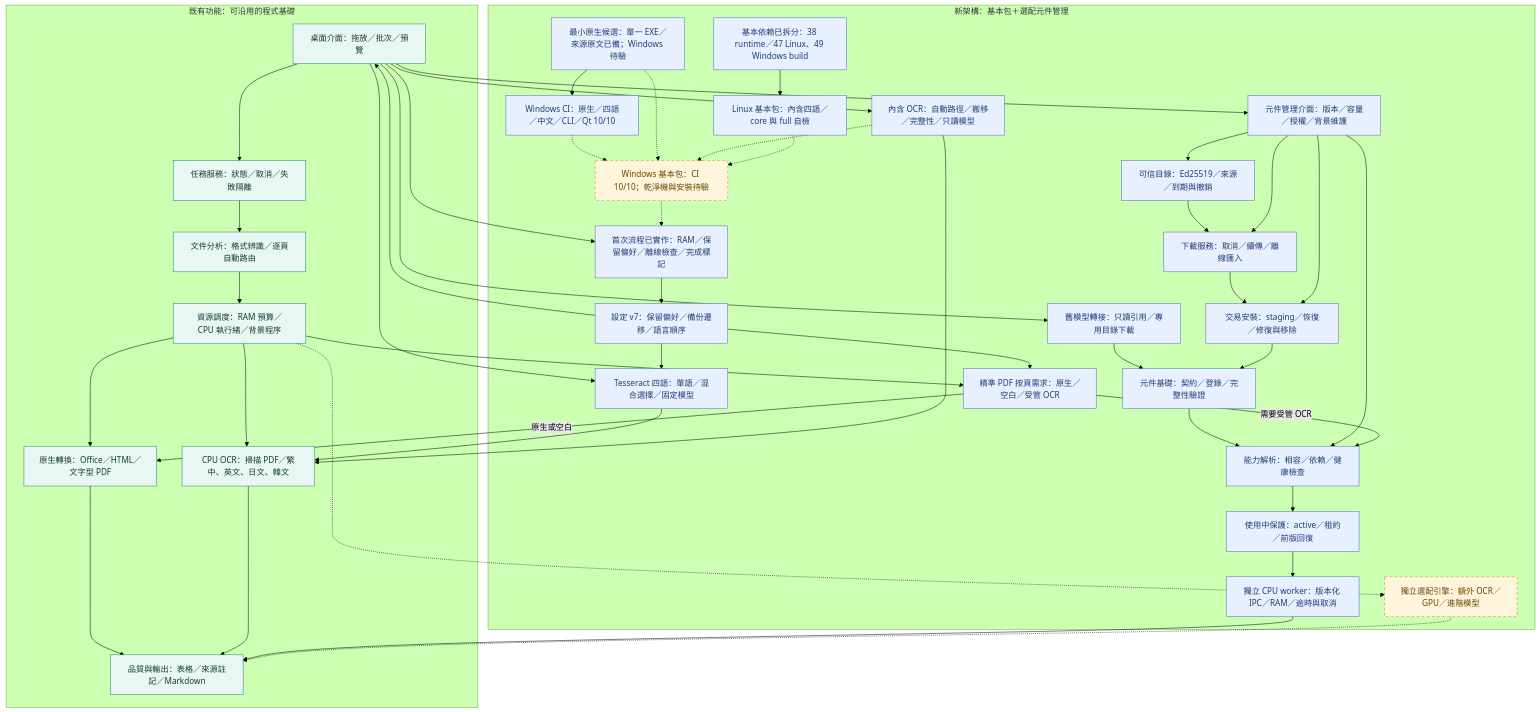
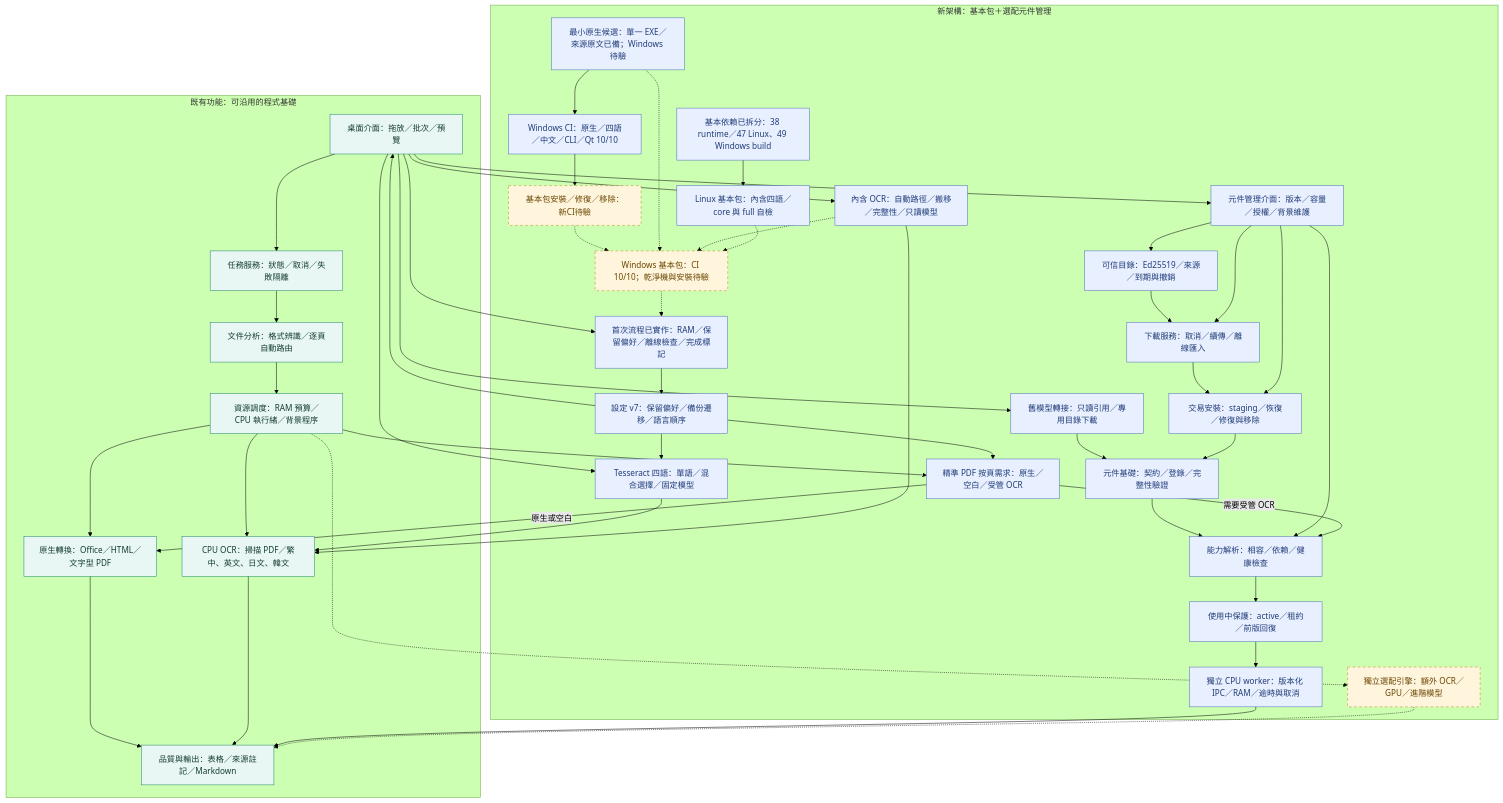
The diagram in README.md (ChouTa-chuan/MarkItDown-exe), drawn with Mermaid (forest theme) before and after one commit. The commit also changed other lines of this file and 102 other files, not shown here.

````diff
--- a/README.md
+++ b/README.md
@@ -21,71 +21,74 @@
 ```mermaid
 flowchart TD
     subgraph Existing["既有功能：可沿用的程式基礎"]
         UI["桌面介面：拖放／批次／預覽"] --> APP["任務服務：狀態／取消／失敗隔離"]
         APP --> PLAN["文件分析：格式辨識／逐頁自動路由"]
         PLAN --> RES["資源調度：RAM 預算／CPU 執行緒／背景程序"]
         RES --> NATIVE["原生轉換：Office／HTML／文字型 PDF"]
         RES --> OCR["CPU OCR：掃描 PDF／繁中、英文、日文、韓文"]
         NATIVE --> QUALITY["品質與輸出：表格／來源註記／Markdown"]
         OCR --> QUALITY
     end
     subgraph Planned["新架構：基本包＋選配元件管理"]
         COMPONENTUI["元件管理介面：版本／容量／授權／背景維護"]
         FIRST["Windows 基本包：CI 10/10；乾淨機與安裝待驗"]
         PROFILE["基本依賴已拆分：38 runtime／47 Linux、49 Windows build"]
         PROFILEBUILD["Linux 基本包：內含四語／core 與 full 自檢"]
         FIRSTFLOW["首次流程已實作：RAM／保留偏好／離線檢查／完成標記"]
         COMPONENTS["元件基礎：契約／登錄／完整性驗證"]
         CAPABILITY["能力解析：相容／依賴／健康檢查"]
+        INSTALLERCI["基本包安裝／修復／移除：新CI待驗"]
         WINCI["Windows CI：原生／四語／中文／CLI／Qt 10/10"]
         BUNDLED["內含 OCR：自動路徑／搬移／完整性／只讀模型"]
         MINIMALBUILD["最小原生候選：單一 EXE／來源原文已備；Windows 待驗"]
         LANGUAGES["Tesseract 四語：單語／混合選擇／固定模型"]
         ROUTE["精準 PDF 按頁需求：原生／空白／受管 OCR"]
         CPUWORKER["獨立 CPU worker：版本化 IPC／RAM／逾時與取消"]
         OPTIONAL["獨立選配引擎：額外 OCR／GPU／進階模型"]
         COMPONENTS --> CAPABILITY
         LEGACY["舊模型轉接：只讀引用／專用目錄下載"]
         PREFS["設定 v7：保留偏好／備份遷移／語言順序"]
         LEGACY --> COMPONENTS
         CATALOG["可信目錄：Ed25519／來源／到期與撤銷"] --> DOWNLOAD["下載服務：取消／續傳／離線匯入"]
         DOWNLOAD --> INSTALL["交易安裝：staging／恢復／修復與移除"]
         INSTALL --> COMPONENTS
         CAPABILITY --> LEASE["使用中保護：active／租約／前版回復"]
     end
     UI --> LANGUAGES
     LANGUAGES --> OCR
     PREFS --> LANGUAGES
     UI --> COMPONENTUI
     COMPONENTUI --> INSTALL
     COMPONENTUI --> CATALOG
     COMPONENTUI --> CAPABILITY
     LEASE --> CPUWORKER
     CPUWORKER --> QUALITY
     RES --> ROUTE
     ROUTE -->|需要受管 OCR| CAPABILITY
     ROUTE -->|原生或空白| NATIVE
     COMPONENTUI --> DOWNLOAD
     UI --> LEGACY
     PREFS --> UI
     UI --> FIRSTFLOW
     FIRSTFLOW --> PREFS
     PROFILE --> PROFILEBUILD
     MINIMALBUILD --> WINCI
-    WINCI -.-> FIRST
+    WINCI --> INSTALLERCI
+    INSTALLERCI -.-> FIRST
     MINIMALBUILD -.-> FIRST
     UI --> BUNDLED
     BUNDLED --> OCR
     BUNDLED -.-> FIRST
     PROFILEBUILD -.-> FIRST
     FIRST -.-> FIRSTFLOW
     PREFS --> ROUTE
     RES -.-> OPTIONAL
     OPTIONAL -.-> QUALITY
     classDef existing fill:#e8f7f3,stroke:#21856d,color:#153c31;
     classDef foundation fill:#e8efff,stroke:#4c6fb8,color:#203c77;
     class COMPONENTS,CAPABILITY,LEGACY,PREFS,CATALOG,DOWNLOAD,INSTALL,LEASE,CPUWORKER,COMPONENTUI,FIRSTFLOW,ROUTE,PROFILE,PROFILEBUILD,LANGUAGES,BUNDLED,MINIMALBUILD,WINCI foundation;
+    class INSTALLERCI planned;
     classDef planned fill:#fff4dc,stroke:#be8519,color:#694500,stroke-dasharray:5 5;
     class UI,APP,PLAN,RES,NATIVE,OCR,QUALITY existing;
     class FIRST,OPTIONAL planned;
 ```
````
